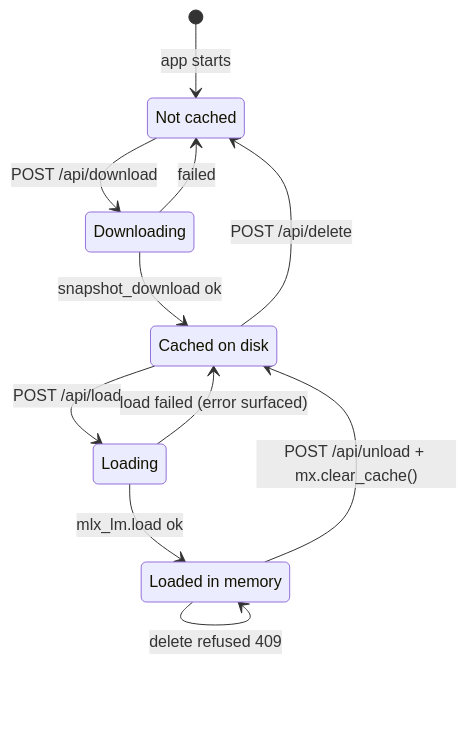
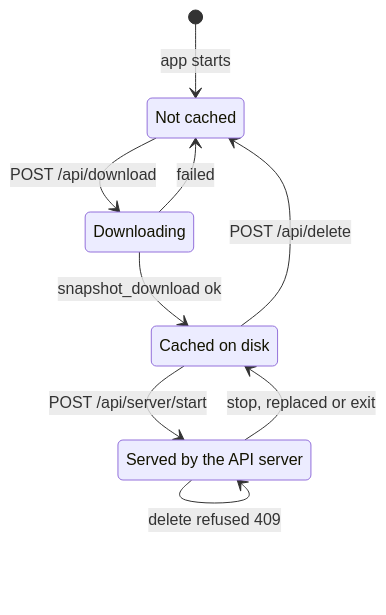
Before and after one commit to DipeshPansuriya/MLX_Model_App: the diagram in docs/diagrams/model-lifecycle.md, drawn with Mermaid. The commit also changed other lines of this file and 114 other files, not shown here.

First line of the commit message:
release: 2.0.13 direct MLX and OptiQ engines, load test up to 1M, new start flow (#31)

````diff
--- a/docs/diagrams/model-lifecycle.md
+++ b/docs/diagrams/model-lifecycle.md
@@ -16,24 +16,17 @@
 ```mermaid
 stateDiagram-v2
     [*] --> NotCached: app starts
-
     NotCached --> Downloading: POST /api/download
     Downloading --> Cached: snapshot_download ok
     Downloading --> NotCached: failed
-
-    Cached --> Loading: POST /api/load
-    Loading --> Loaded: mlx_lm.load ok
-    Loading --> Cached: load failed (error surfaced)
-
-    Loaded --> Cached: POST /api/unload + mx.clear_cache()
-    Loaded --> Loaded: POST /api/chat
-
+    Cached --> Served: POST /api/server/start
+    Served --> Cached: stop, replaced or exit
+    Served --> Served: POST /api/chat
     Cached --> NotCached: POST /api/delete
-    Loaded --> Loaded: delete refused 409
+    Served --> Served: delete refused 409
 
     state "Not cached" as NotCached
     state "Downloading" as Downloading
     state "Cached on disk" as Cached
-    state "Loading" as Loading
-    state "Loaded in memory" as Loaded
+    state "Served by the API server" as Served
 ```
````
